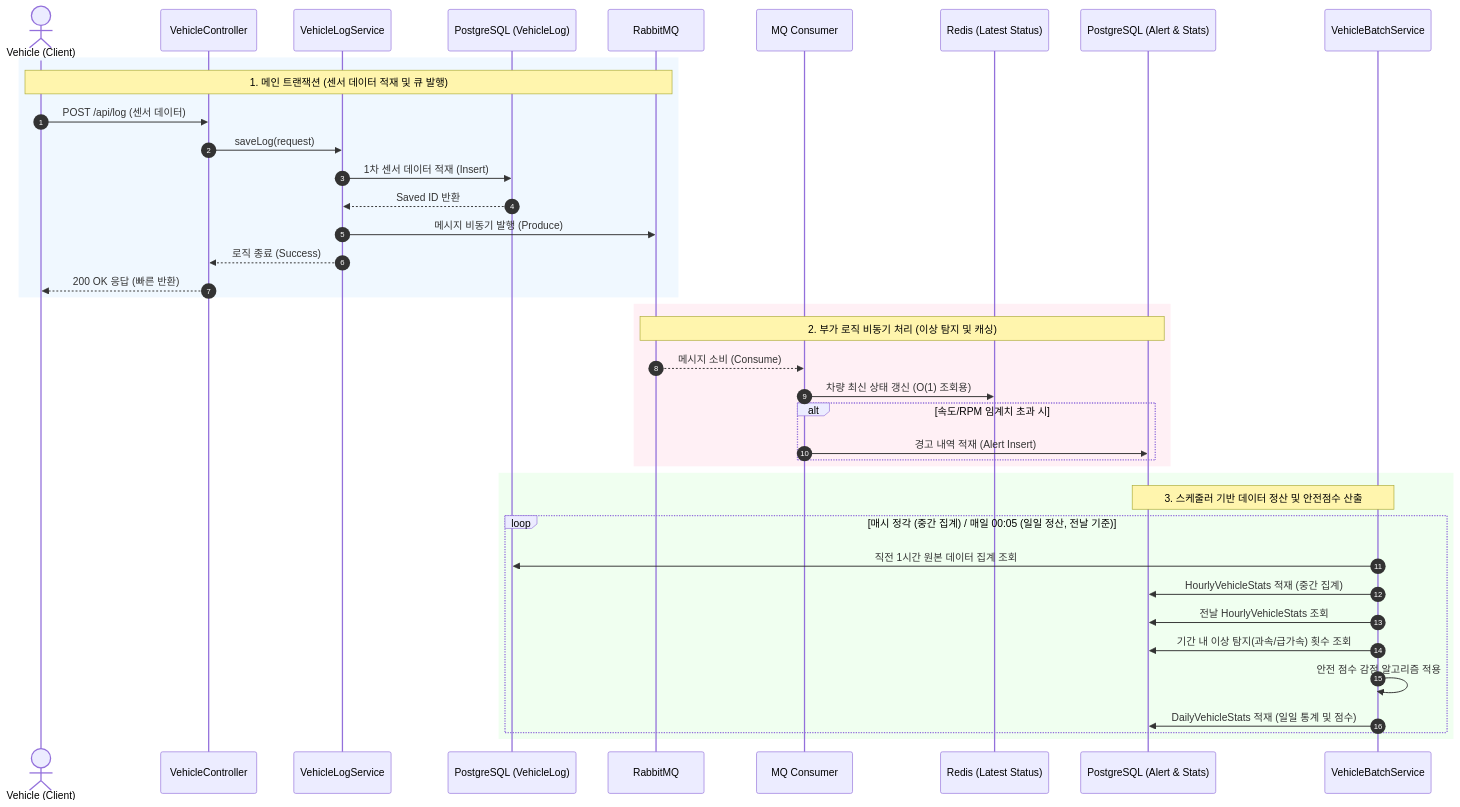
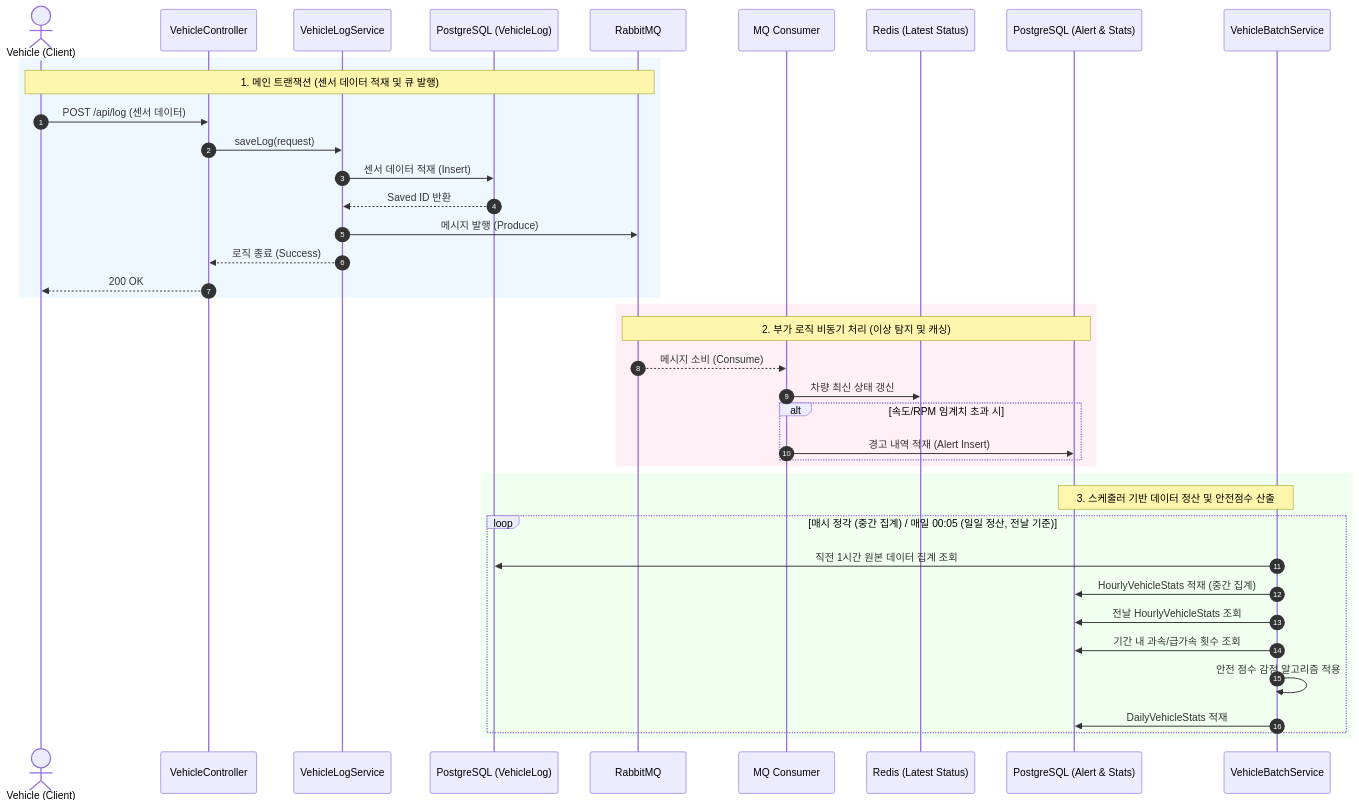
The second of 2 diagrams in README.md (dev-chanyoung/SensorDetectionSystem), drawn with Mermaid before and after one commit. The commit also changed other lines of this file and 24 other files, not shown here.

````diff
--- a/README.md
+++ b/README.md
@@ -57,48 +73,45 @@
 ```mermaid
 sequenceDiagram
     autonumber
     actor Client as Vehicle (Client)
     participant API as VehicleController
     participant Service as VehicleLogService
     participant DB as PostgreSQL (VehicleLog)
     participant MQ as RabbitMQ
     participant Listener as MQ Consumer
     participant Redis as Redis (Latest Status)
     participant AlertDB as PostgreSQL (Alert & Stats)
     participant Batch as VehicleBatchService
 
-    %% 1. 데이터 수집 및 비동기 발행
     rect rgb(240, 248, 255)
     Note over Client, MQ: 1. 메인 트랜잭션 (센서 데이터 적재 및 큐 발행)
     Client->>API: POST /api/log (센서 데이터)
     API->>Service: saveLog(request)
-    Service->>DB: 1차 센서 데이터 적재 (Insert)
+    Service->>DB: 센서 데이터 적재 (Insert)
     DB-->>Service: Saved ID 반환
-    Service->>MQ: 메시지 비동기 발행 (Produce)
+    Service->>MQ: 메시지 발행 (Produce)
     Service-->>API: 로직 종료 (Success)
-    API-->>Client: 200 OK 응답 (빠른 반환)
+    API-->>Client: 200 OK
     end
 
-    %% 2. 비동기 컨슈머 로직
     rect rgb(255, 240, 245)
     Note over MQ, AlertDB: 2. 부가 로직 비동기 처리 (이상 탐지 및 캐싱)
     MQ-->>Listener: 메시지 소비 (Consume)
-    Listener->>Redis: 차량 최신 상태 갱신 (O(1) 조회용)
+    Listener->>Redis: 차량 최신 상태 갱신
     alt 속도/RPM 임계치 초과 시
         Listener->>AlertDB: 경고 내역 적재 (Alert Insert)
     end
     end
 
-    %% 3. 스케줄러 배치 로직
     rect rgb(240, 255, 240)
     Note over AlertDB, Batch: 3. 스케줄러 기반 데이터 정산 및 안전점수 산출
     loop 매시 정각 (중간 집계) / 매일 00:05 (일일 정산, 전날 기준)
         Batch->>DB: 직전 1시간 원본 데이터 집계 조회
         Batch->>AlertDB: HourlyVehicleStats 적재 (중간 집계)
         Batch->>AlertDB: 전날 HourlyVehicleStats 조회
-        Batch->>AlertDB: 기간 내 이상 탐지(과속/급가속) 횟수 조회
+        Batch->>AlertDB: 기간 내 과속/급가속 횟수 조회
         Batch->>Batch: 안전 점수 감점 알고리즘 적용
-        Batch->>AlertDB: DailyVehicleStats 적재 (일일 통계 및 점수)
+        Batch->>AlertDB: DailyVehicleStats 적재
     end
     end
 ```
````
